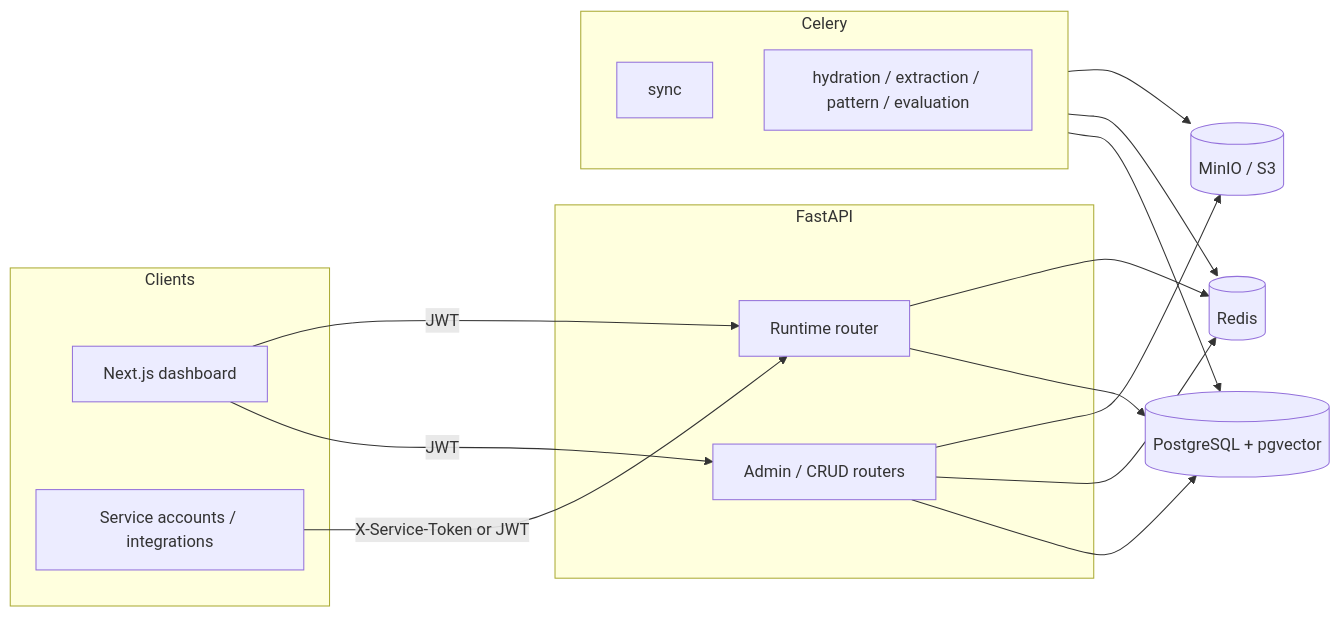
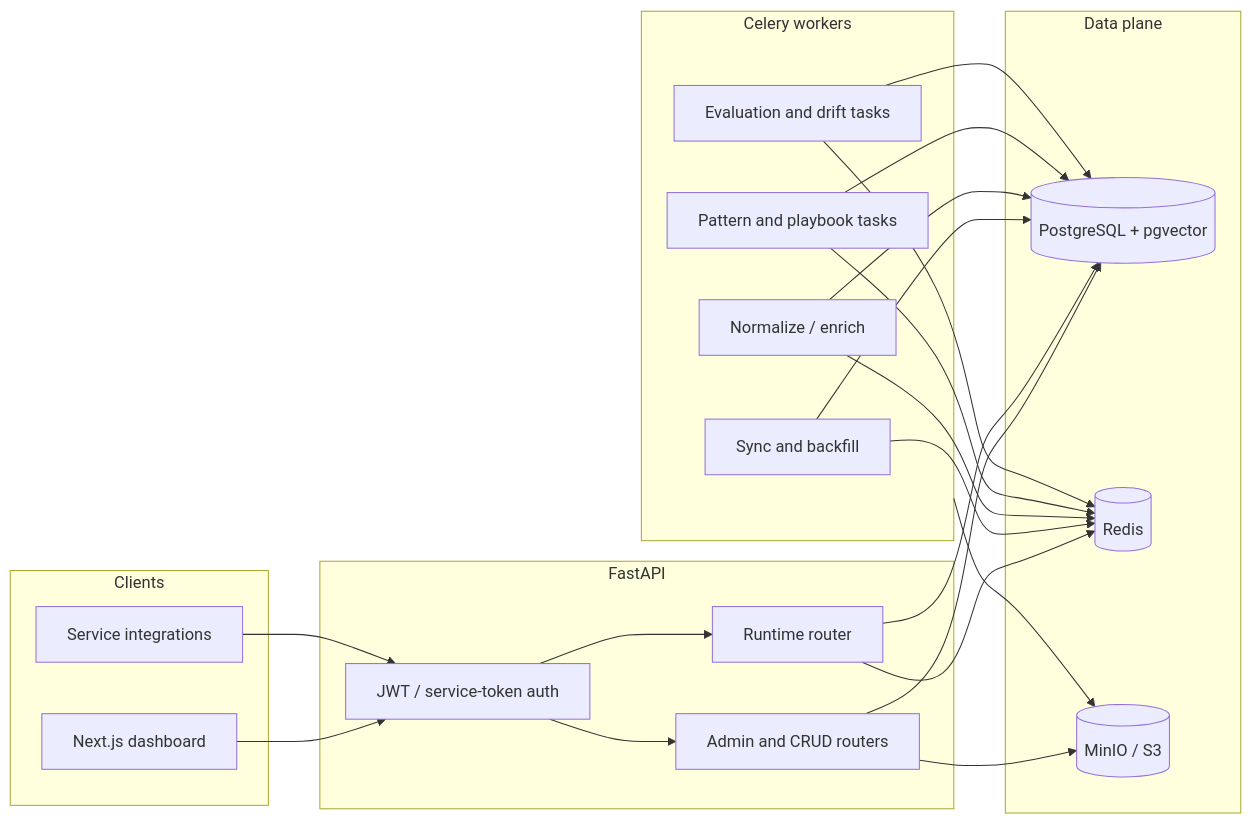
Before and after one commit to Valuedx/ContextEdge: the first of 3 diagrams in docs/TECHNICAL_BLUEPRINT.md, drawn with Mermaid. The commit also changed other lines of this file and 4 other files, not shown here.

````diff
--- a/docs/TECHNICAL_BLUEPRINT.md
+++ b/docs/TECHNICAL_BLUEPRINT.md
@@ -28,31 +47,48 @@
 ```mermaid
 flowchart LR
-  subgraph clients [Clients]
+  subgraph clients[Clients]
     UI[Next.js dashboard]
-    SA[Service accounts / integrations]
+    SA[Service integrations]
   end
 
-  subgraph api [FastAPI]
-    R1[Admin / CRUD routers]
-    R2[Runtime router]
+  subgraph api[FastAPI]
+    AUTH[JWT / service-token auth]
+    CRUD[Admin and CRUD routers]
+    RT[Runtime router]
   end
 
-  subgraph workers [Celery]
-    W1[sync]
-    W2[hydration / extraction / pattern / evaluation]
+  subgraph workers[Celery workers]
+    SYNC[Sync and backfill]
+    EXT[Normalize / enrich]
+    PAT[Pattern and playbook tasks]
+    EVAL[Evaluation and drift tasks]
   end
 
-  UI -->|JWT| R1
-  UI -->|JWT| R2
-  SA -->|X-Service-Token or JWT| R2
+  subgraph data[Data plane]
+    PG[(PostgreSQL + pgvector)]
+    REDIS[(Redis)]
+    S3[(MinIO / S3)]
+  end
 
-  R1 --> PG[(PostgreSQL + pgvector)]
-  R2 --> PG
-  R1 --> Redis[(Redis)]
-  R2 --> Redis
+  UI --> AUTH
+  SA --> AUTH
+  AUTH --> CRUD
+  AUTH --> RT
 
-  workers --> PG
-  workers --> Redis
-  workers --> S3[(MinIO / S3)]
-  R1 --> S3
+  CRUD --> PG
+  RT --> PG
+  RT --> REDIS
+
+  SYNC --> PG
+  EXT --> PG
+  PAT --> PG
+  EVAL --> PG
+
+  SYNC --> REDIS
+  EXT --> REDIS
+  PAT --> REDIS
+  EVAL --> REDIS
+
+  CRUD --> S3
+  workers --> S3
 ```
````
